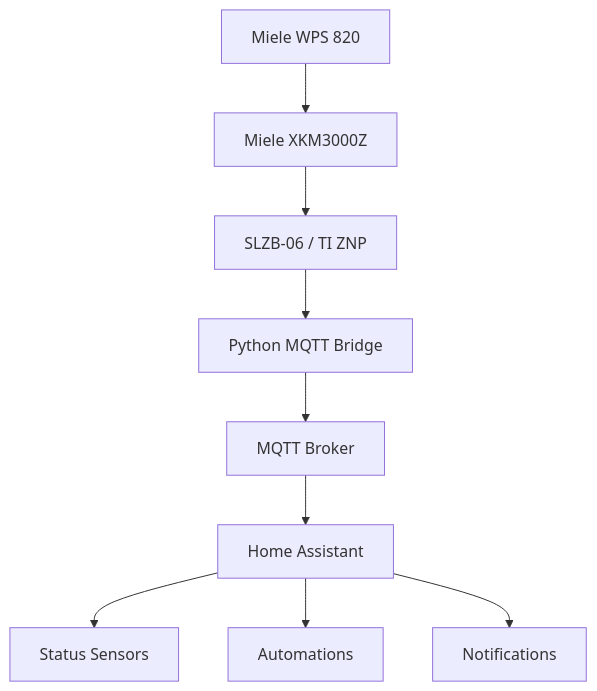
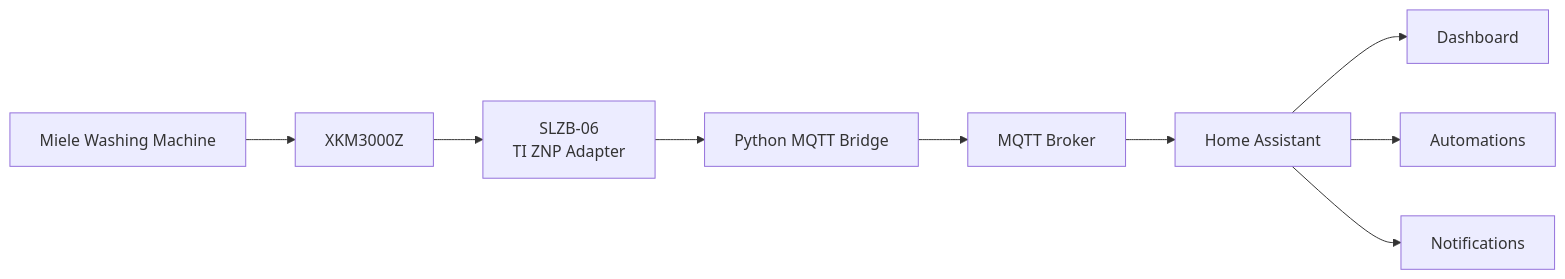
One commit to hannes813/miele-xkm3000z-reverse-engineering changed the diagram in README.md. Above: the diagram before and after it, drawn with Mermaid.

````diff
--- a/README.md
+++ b/README.md
@@ -9,13 +9,13 @@
 ```mermaid
-flowchart TD
+flowchart LR
 
-A[Miele WPS 820] --> B[Miele XKM3000Z]
-B --> C[SLZB-06 / TI ZNP]
+A[Miele Washing Machine] --> B[XKM3000Z]
+B --> C[SLZB-06<br/>TI ZNP Adapter]
 C --> D[Python MQTT Bridge]
 D --> E[MQTT Broker]
 E --> F[Home Assistant]
 
-F --> G[Status Sensors]
+F --> G[Dashboard]
 F --> H[Automations]
 F --> I[Notifications]
 ```
````
